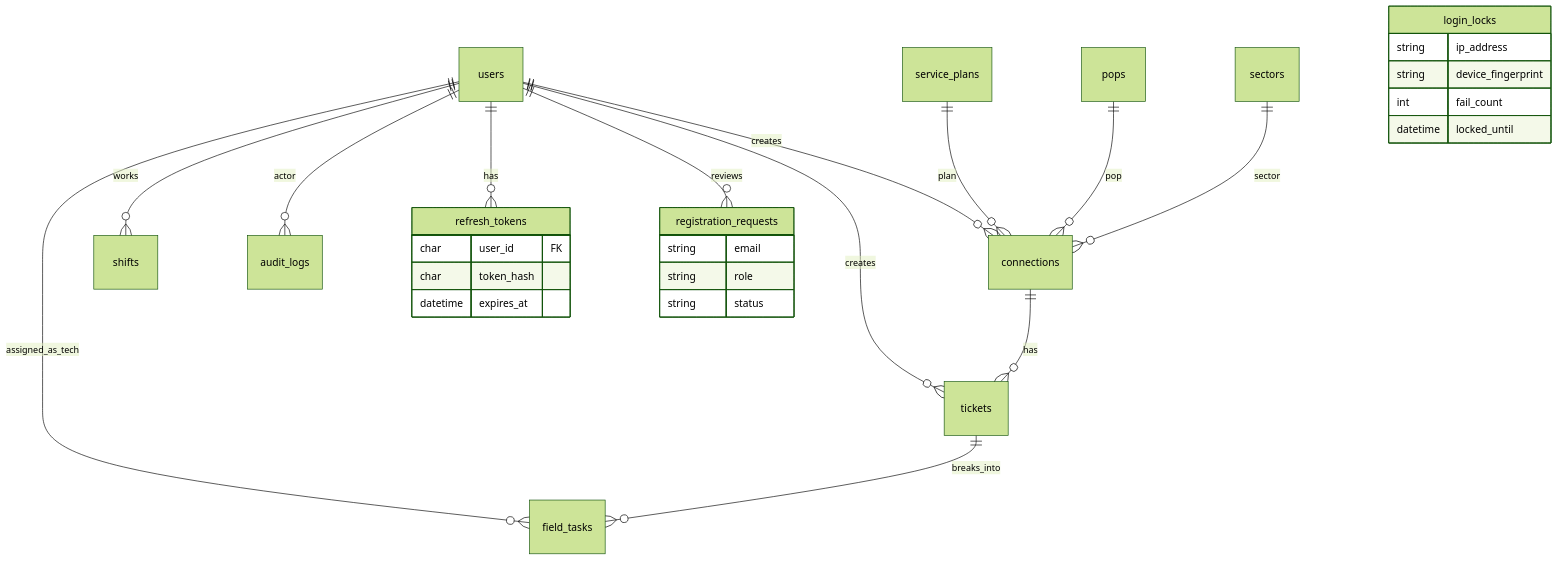
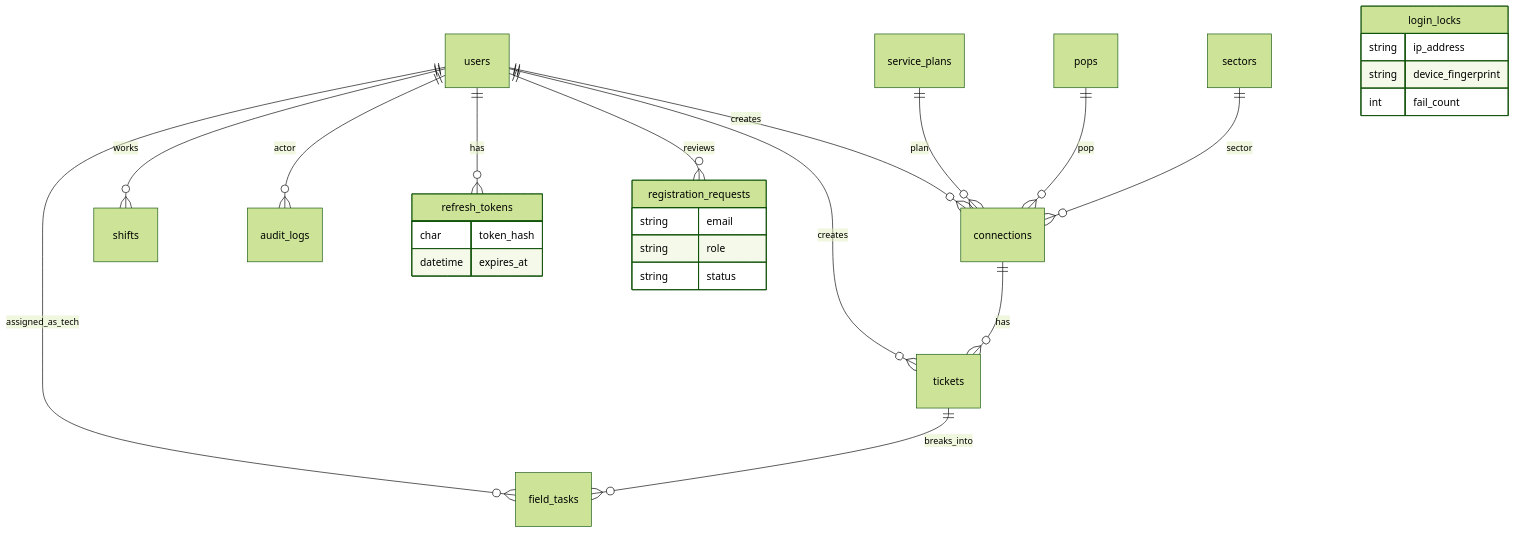
The diagram in README.md (Vibhor1603/revatix-assignment), drawn with Mermaid (forest theme) before and after one commit. The commit also changed other lines of this file and 13 other files, not shown here.

````diff
--- a/README.md
+++ b/README.md
@@ -126,35 +167,31 @@
 ```mermaid
 erDiagram
   users ||--o{ connections : creates
   users ||--o{ tickets : creates
   users ||--o{ field_tasks : assigned_as_tech
   users ||--o{ shifts : works
   users ||--o{ audit_logs : actor
   users ||--o{ refresh_tokens : has
   users ||--o{ registration_requests : reviews
 
   service_plans ||--o{ connections : plan
   pops ||--o{ connections : pop
   sectors ||--o{ connections : sector
   connections ||--o{ tickets : has
   tickets ||--o{ field_tasks : breaks_into
 
   login_locks {
     string ip_address
     string device_fingerprint
     int fail_count
-    datetime locked_until
   }
-
   refresh_tokens {
-    char user_id FK
     char token_hash
     datetime expires_at
   }
-
   registration_requests {
     string email
     string role
     string status
   }
 ```
````
